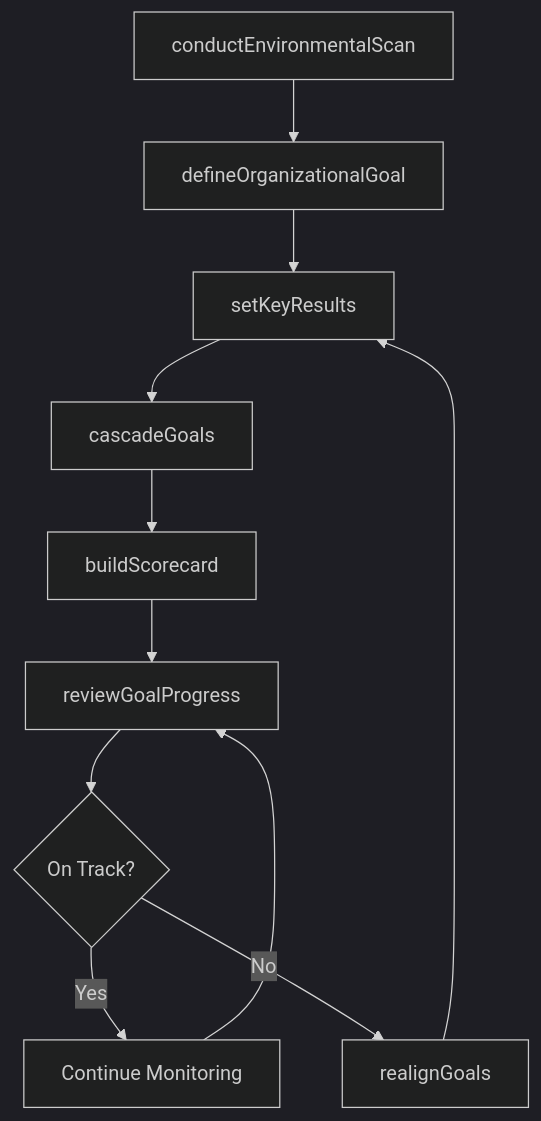
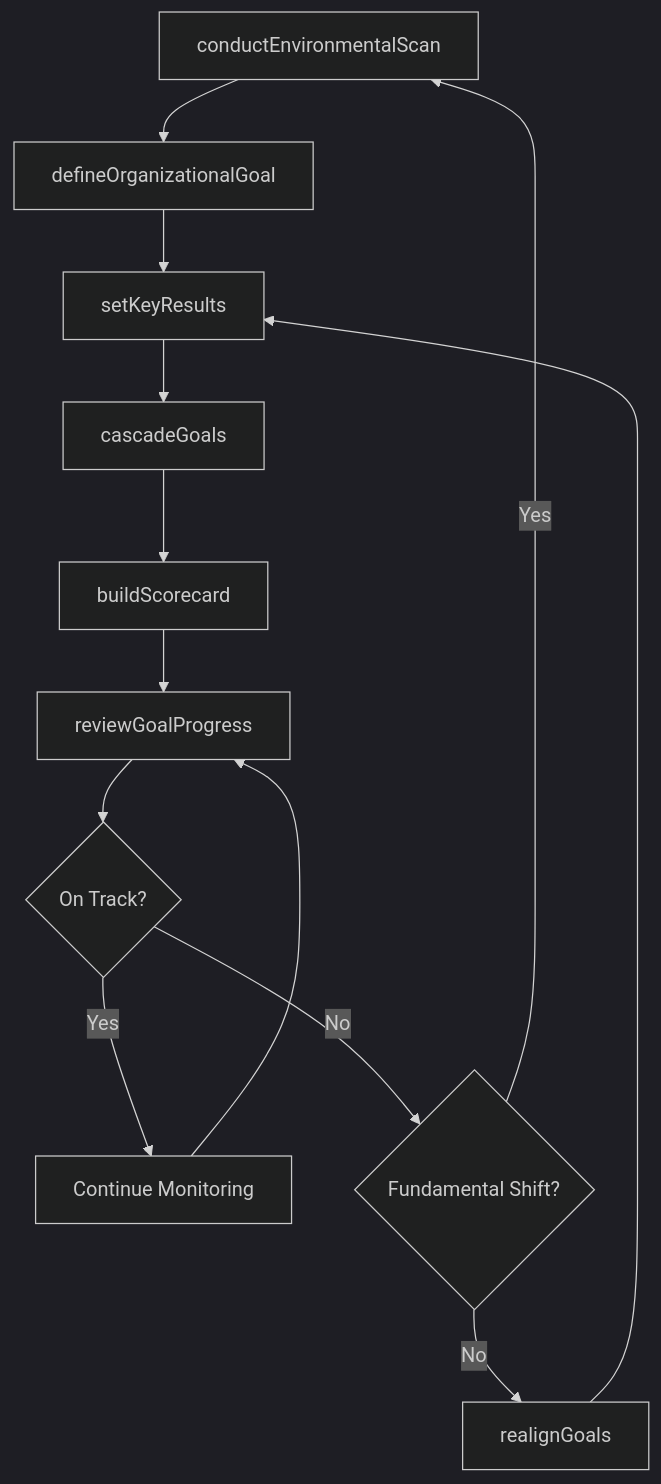
The third of 4 diagrams in ThinkingCreatively/DevelopOrganizationalOrProgramGoalsOrObjectives/DevelopOrganizationalGoalsObjectives.mdx (dot-org-ai/tasks.org.ai), drawn with Mermaid (dark theme) before and after one commit. The commit also changed other lines of this file and 504 other files, not shown here.

First line of the commit message:
feat: Add ER diagrams, state diagrams, and workflow improvements to 96 DWA task files

````diff
--- a/ThinkingCreatively/DevelopOrganizationalOrProgramGoalsOrObjectives/DevelopOrganizationalGoalsObjectives.mdx
+++ b/ThinkingCreatively/DevelopOrganizationalOrProgramGoalsOrObjectives/DevelopOrganizationalGoalsObjectives.mdx
@@ -86,13 +115,15 @@
 ```mermaid
 graph TD
     A[conductEnvironmentalScan] --> B[defineOrganizationalGoal]
     B --> C[setKeyResults]
     C --> D[cascadeGoals]
     D --> E[buildScorecard]
     E --> F[reviewGoalProgress]
     F --> G{On Track?}
     G -->|Yes| H[Continue Monitoring]
-    G -->|No| I[realignGoals]
-    I --> C
+    G -->|No| I{Fundamental Shift?}
+    I -->|Yes| A
+    I -->|No| J[realignGoals]
+    J --> C
     H --> F
 ```
````
